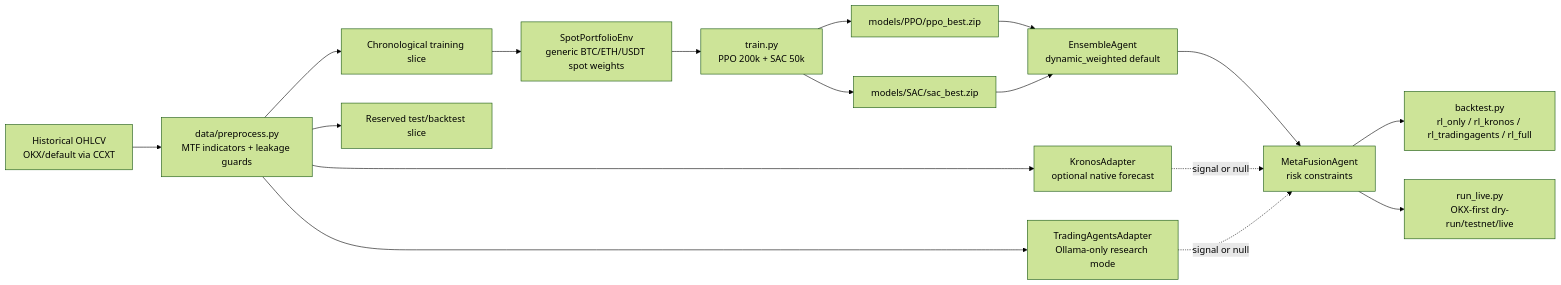
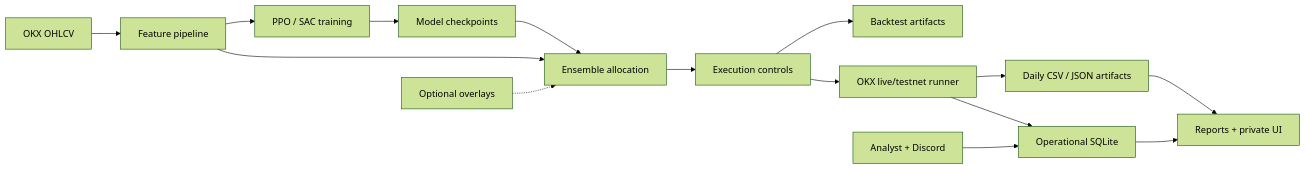
One commit to huytdqhe180383/Trading-bot changed the diagram in docs/architecture.md. Above: the diagram before and after it, drawn with Mermaid (forest theme). The commit also changed other lines of this file and 42 other files, not shown here.

````diff
--- a/docs/architecture.md
+++ b/docs/architecture.md
@@ -21,23 +7,17 @@
 ```mermaid
 flowchart LR
-  raw["Historical OHLCV\nOKX/default via CCXT"] --> prep["data/preprocess.py\nMTF indicators + leakage guards"]
-  prep --> train_data["Chronological training slice"]
-  prep --> test_data["Reserved test/backtest slice"]
-
-  train_data --> env_train["SpotPortfolioEnv\ngeneric BTC/ETH/USDT spot weights"]
-  env_train --> trainer["train.py\nPPO 200k + SAC 50k"]
-  trainer --> ppo["models/PPO/ppo_best.zip"]
-  trainer --> sac["models/SAC/sac_best.zip"]
-
-  ppo --> ensemble["EnsembleAgent\ndynamic_weighted default"]
-  sac --> ensemble
-  ensemble --> fusion["MetaFusionAgent\nrisk constraints"]
-
-  prep --> kronos["KronosAdapter\noptional native forecast"]
-  prep --> ta["TradingAgentsAdapter\nOllama-only research mode"]
-  kronos -.->|signal or null| fusion
-  ta -.->|signal or null| fusion
-
-  fusion --> backtest["backtest.py\nrl_only / rl_kronos / rl_tradingagents / rl_full"]
-  fusion --> live["run_live.py\nOKX-first dry-run/testnet/live"]
+  market["OKX OHLCV"] --> features["Feature pipeline"]
+  features --> train["PPO / SAC training"]
+  train --> models["Model checkpoints"]
+  models --> ensemble["Ensemble allocation"]
+  features --> ensemble
+  overlays["Optional overlays"] -.-> ensemble
+  ensemble --> controls["Execution controls"]
+  controls --> backtest["Backtest artifacts"]
+  controls --> live["OKX live/testnet runner"]
+  live --> artifacts["Daily CSV / JSON artifacts"]
+  live --> database["Operational SQLite"]
+  analyst["Analyst + Discord"] --> database
+  artifacts --> reports["Reports + private UI"]
+  database --> reports
 ```
````
